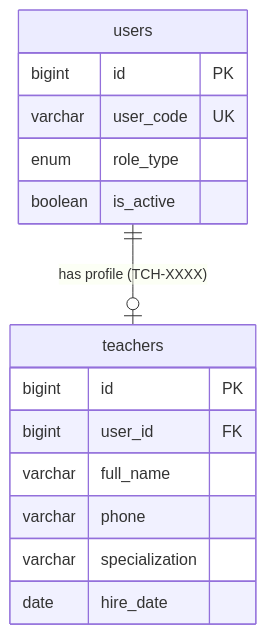
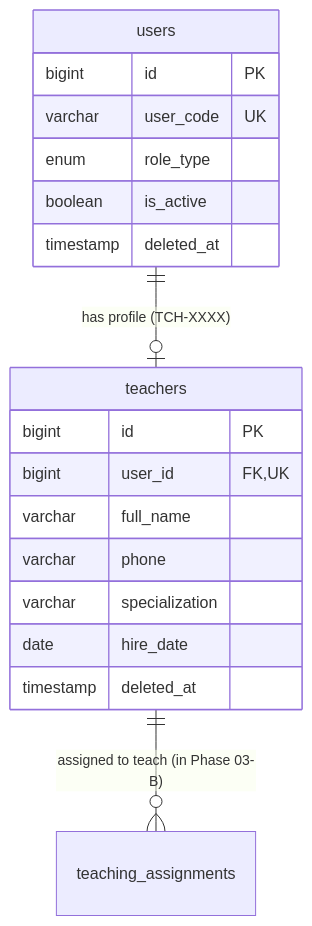
The diagram in MD/phases/phase_03_teachers_assignments_a/data.md (alalemusa98-ctrl/Taqniya-SMS), drawn with Mermaid before and after one commit. The commit also changed other lines of this file and 7 other files, not shown here.

Commit message:
phase_03_teachers_assignments_a

````diff
--- a/MD/phases/phase_03_teachers_assignments_a/data.md
+++ b/MD/phases/phase_03_teachers_assignments_a/data.md
@@ -41,20 +51,23 @@
 ```mermaid
 erDiagram
     users ||--o| teachers : "has profile (TCH-XXXX)"
+    teachers ||--o{ teaching_assignments : "assigned to teach (in Phase 03-B)"
 
     users {
         bigint id PK
         varchar user_code UK
         enum role_type
         boolean is_active
+        timestamp deleted_at
     }
 
     teachers {
         bigint id PK
-        bigint user_id FK
+        bigint user_id FK,UK
         varchar full_name
         varchar phone
         varchar specialization
         date hire_date
+        timestamp deleted_at
     }
 ```
````
